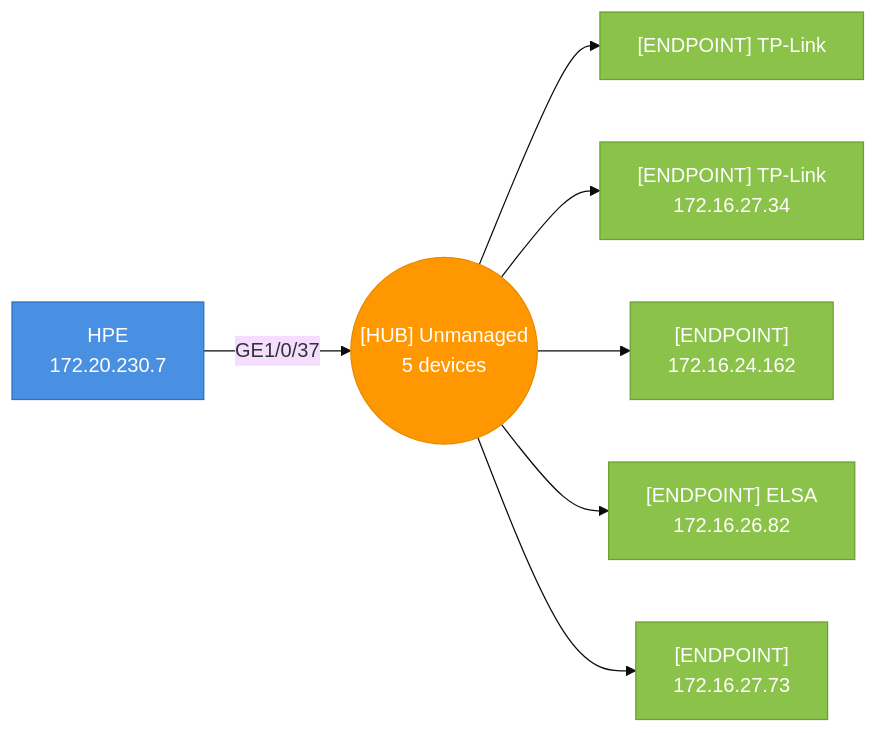
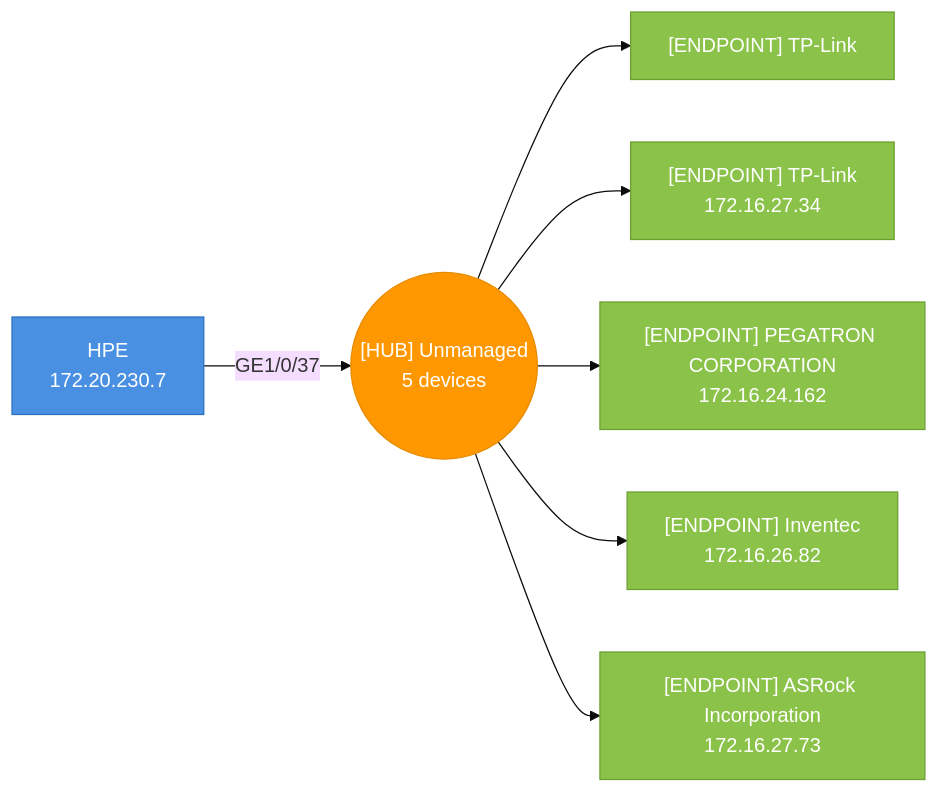
Before and after one commit to djamic/LLDP-Skanner-Go: the fifth of 51 diagrams in testdata/golden/report_esxi_sections.md, drawn with Mermaid (base theme). The commit also changed other lines of this file and 16 other files, not shown here.

````diff
--- a/testdata/golden/report_esxi_sections.md
+++ b/testdata/golden/report_esxi_sections.md
@@ -98,23 +104,23 @@
 ```mermaid
 graph LR
   hub_4caea38e1909_p37(("[HUB] Unmanaged<br>5 devices"))
   4caea38e1909["HPE<br>172.20.230.7"]
   4caea38e1909-- "GE1/0/37" -->hub_4caea38e1909_p37
   style 4caea38e1909 fill:#4A90E2,stroke:#2A6FC2,color:#fff
   10feed5a195e["[ENDPOINT] TP-Link"]
   hub_4caea38e1909_p37-->10feed5a195e
   style 10feed5a195e fill:#8BC34A,stroke:#6B9F30,color:#fff
   10feed5a195f["[ENDPOINT] TP-Link<br>172.16.27.34"]
   hub_4caea38e1909_p37-->10feed5a195f
   style 10feed5a195f fill:#8BC34A,stroke:#6B9F30,color:#fff
-  54b203712a46["[ENDPOINT]<br>172.16.24.162"]
+  54b203712a46["[ENDPOINT] PEGATRON CORPORATION<br>172.16.24.162"]
   hub_4caea38e1909_p37-->54b203712a46
   style 54b203712a46 fill:#8BC34A,stroke:#6B9F30,color:#fff
-  64c901f59176["[ENDPOINT] ELSA<br>172.16.26.82"]
+  64c901f59176["[ENDPOINT] Inventec<br>172.16.26.82"]
   hub_4caea38e1909_p37-->64c901f59176
   style 64c901f59176 fill:#8BC34A,stroke:#6B9F30,color:#fff
-  a8a159a0c9a3["[ENDPOINT]<br>172.16.27.73"]
+  a8a159a0c9a3["[ENDPOINT] ASRock Incorporation<br>172.16.27.73"]
   hub_4caea38e1909_p37-->a8a159a0c9a3
   style a8a159a0c9a3 fill:#8BC34A,stroke:#6B9F30,color:#fff
   style hub_4caea38e1909_p37 fill:#FF9800,stroke:#E68A00,color:#fff
 ```
````
